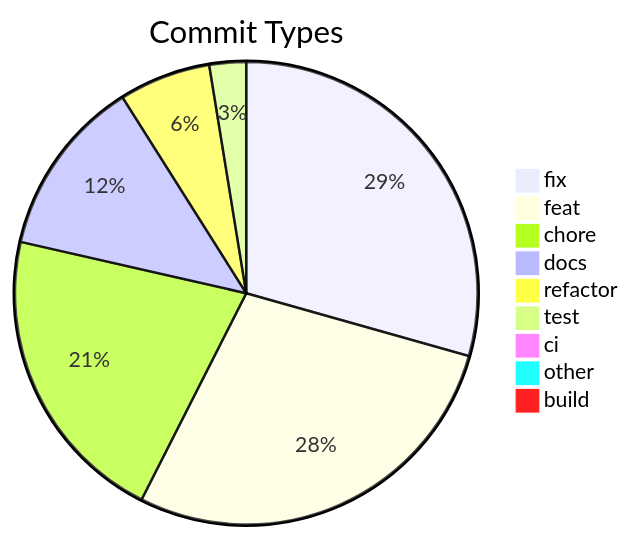
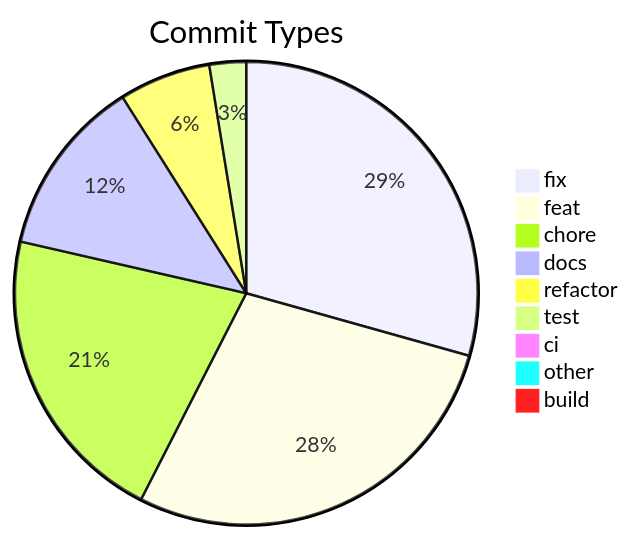
Before and after one commit to svenroth-ai/shipwright: the diagram in .shipwright/compliance/change-history.md, drawn with Mermaid. The commit also changed other lines of this file and 9 other files, not shown here.

````diff
--- a/.shipwright/compliance/change-history.md
+++ b/.shipwright/compliance/change-history.md
@@ -8,12 +8,12 @@
 ```mermaid
 pie title Commit Types
     "fix" : 344
-    "feat" : 329
+    "feat" : 330
     "chore" : 247
     "docs" : 146
     "refactor" : 75
     "test" : 30
     "ci" : 11
     "other" : 9
     "build" : 1
 ```
````
